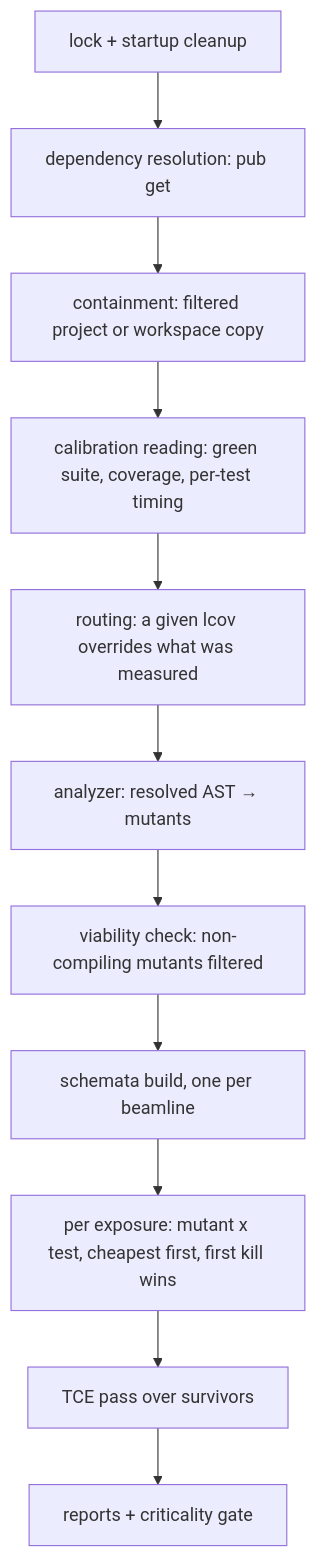
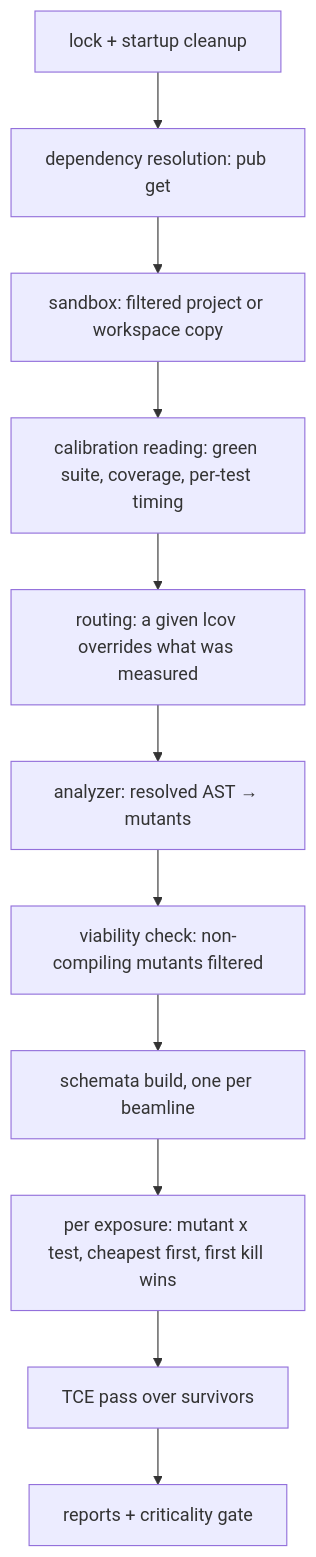
Before and after one commit to memento-engineering/butcher: the diagram in docs/decisions/index.md, drawn with Mermaid. The commit also changed other lines of this file, not shown here.

First line of the commit message:
docs(butcher): carry the index diagram and its entry titles

````diff
--- a/docs/decisions/index.md
+++ b/docs/decisions/index.md
@@ -9,13 +9,13 @@
 ```mermaid
 flowchart TD
     A[lock + startup cleanup] --> P[dependency resolution: pub get]
-    P --> B[containment: filtered project or workspace copy]
+    P --> B[sandbox: filtered project or workspace copy]
     B --> C[calibration reading: green suite, coverage, per-test timing]
     C --> E[routing: a given lcov overrides what was measured]
     E --> D[analyzer: resolved AST → mutants]
     D --> V[viability check: non-compiling mutants filtered]
     V --> F[schemata build, one per beamline]
     F --> G[per exposure: mutant x test, cheapest first, first kill wins]
     G --> H[TCE pass over survivors]
     H --> I[reports + criticality gate]
 ```
````
